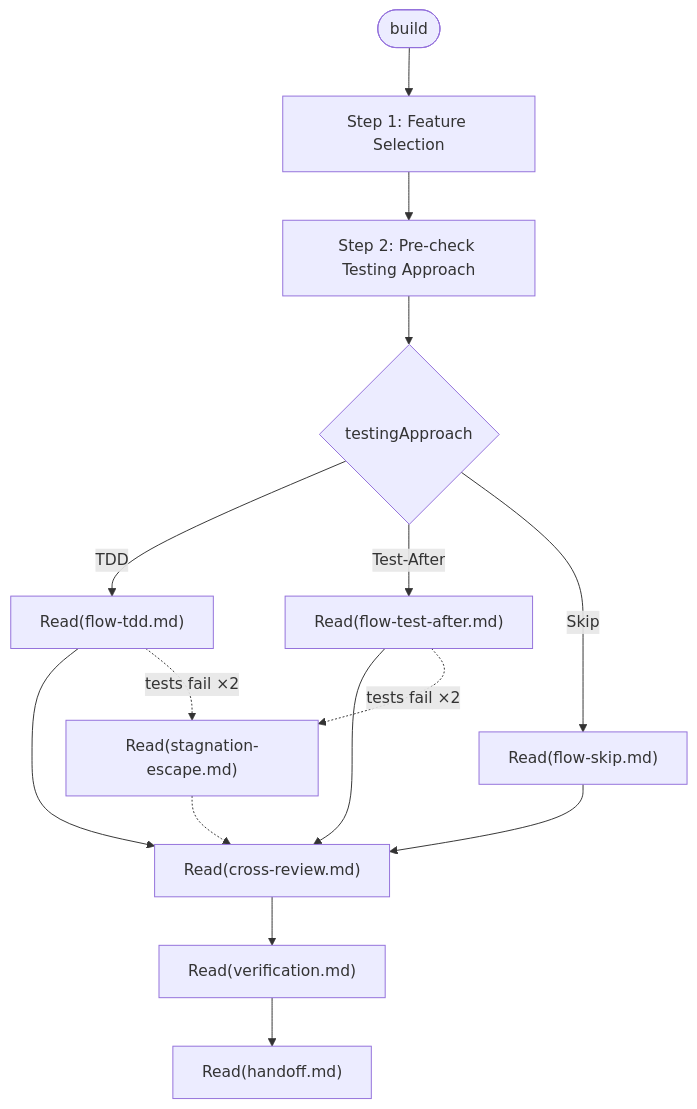
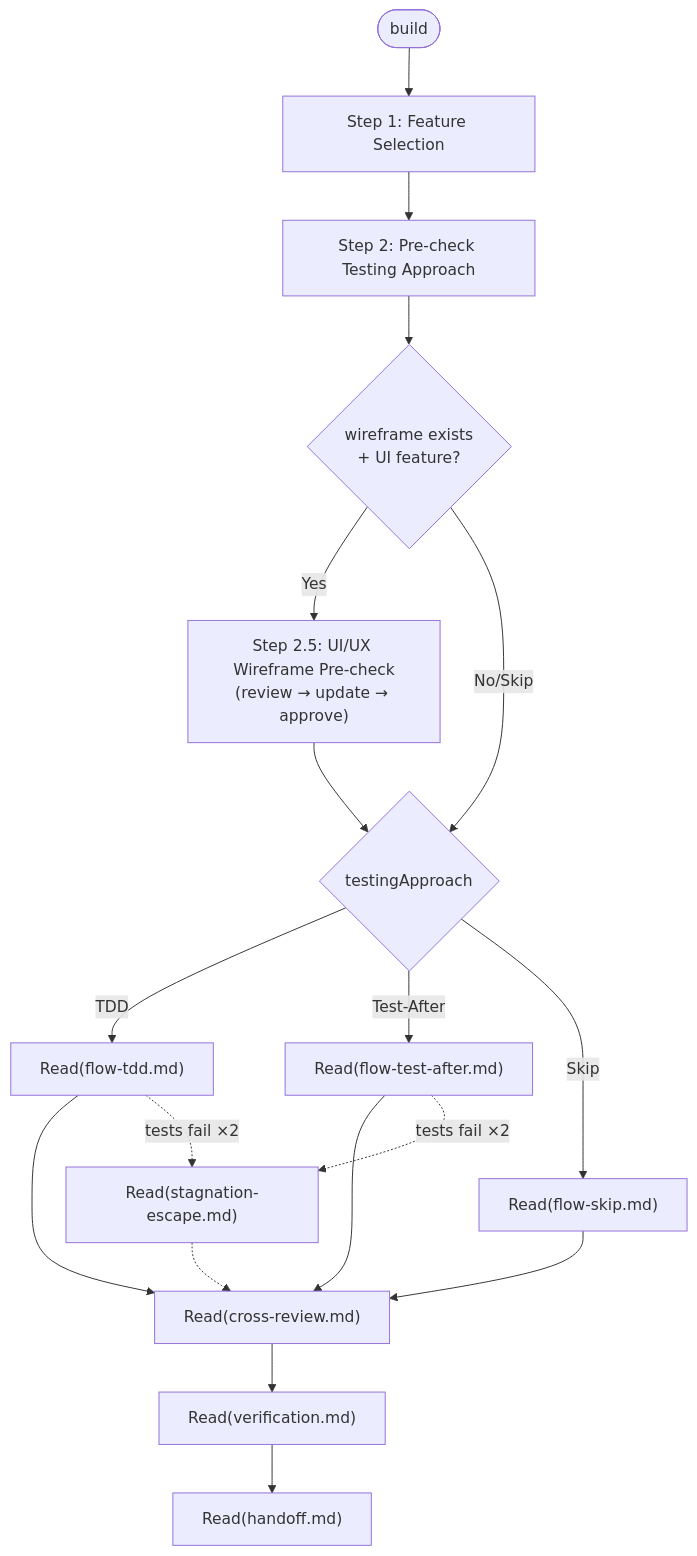
Before and after one commit to gloriaJun/grimoire: the diagram in skills/dev/steps/build.md, drawn with Mermaid. The commit also changed other lines of this file and 2 other files, not shown here.

First line of the commit message:
feat(dev): persist wireframe to devlogs and add UI pre-check in build

````diff
--- a/skills/dev/steps/build.md
+++ b/skills/dev/steps/build.md
@@ -7,16 +7,20 @@
 ```mermaid
 flowchart TD
     A(["build"]) --> B["Step 1: Feature Selection"]
     B --> C["Step 2: Pre-check Testing Approach"]
-    C --> D{"testingApproach"}
+    C --> W{"wireframe exists\n+ UI feature?"}
+    W -- Yes --> WR["Step 2.5: UI/UX Wireframe Pre-check\n(review → update → approve)"]
+    WR --> D
+    W -- No/Skip --> D
+    D{"testingApproach"}
     D -- TDD --> E["Read(flow-tdd.md)"]
     D -- Test-After --> F["Read(flow-test-after.md)"]
     D -- Skip --> G["Read(flow-skip.md)"]
     E & F & G --> H["Read(cross-review.md)"]
     H --> I["Read(verification.md)"]
     I --> J["Read(handoff.md)"]
 
     E -.->|"tests fail ×2"| K["Read(stagnation-escape.md)"]
     F -.->|"tests fail ×2"| K
     K -.-> H
 ```
````
